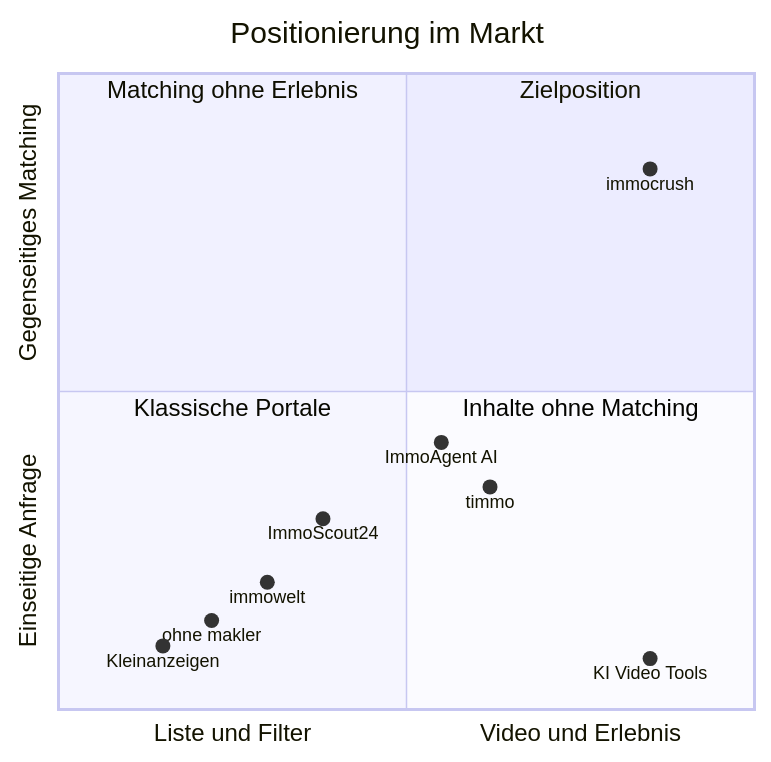
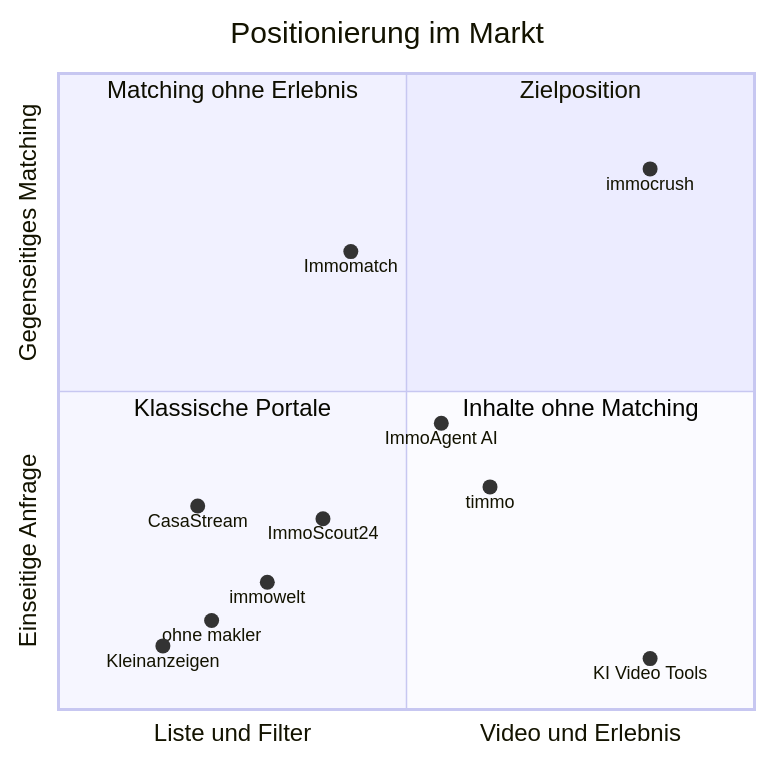
Before and after one commit to jokpr/immocrush: the diagram in docs/02-markt-und-wettbewerb.md, drawn with Mermaid. The commit also changed other lines of this file and 11 other files, not shown here.

````diff
--- a/docs/02-markt-und-wettbewerb.md
+++ b/docs/02-markt-und-wettbewerb.md
@@ -57,18 +110,20 @@
 ```mermaid
 quadrantChart
     title Positionierung im Markt
     x-axis Liste und Filter --> Video und Erlebnis
     y-axis Einseitige Anfrage --> Gegenseitiges Matching
     quadrant-1 Zielposition
     quadrant-2 Matching ohne Erlebnis
     quadrant-3 Klassische Portale
     quadrant-4 Inhalte ohne Matching
     ImmoScout24: [0.38, 0.3]
     immowelt: [0.3, 0.2]
     Kleinanzeigen: [0.15, 0.1]
     ohne makler: [0.22, 0.14]
+    CasaStream: [0.2, 0.32]
+    Immomatch: [0.42, 0.72]
     timmo: [0.62, 0.35]
-    ImmoAgent AI: [0.55, 0.42]
+    ImmoAgent AI: [0.55, 0.45]
     KI Video Tools: [0.85, 0.08]
     immocrush: [0.85, 0.85]
 ```
````
